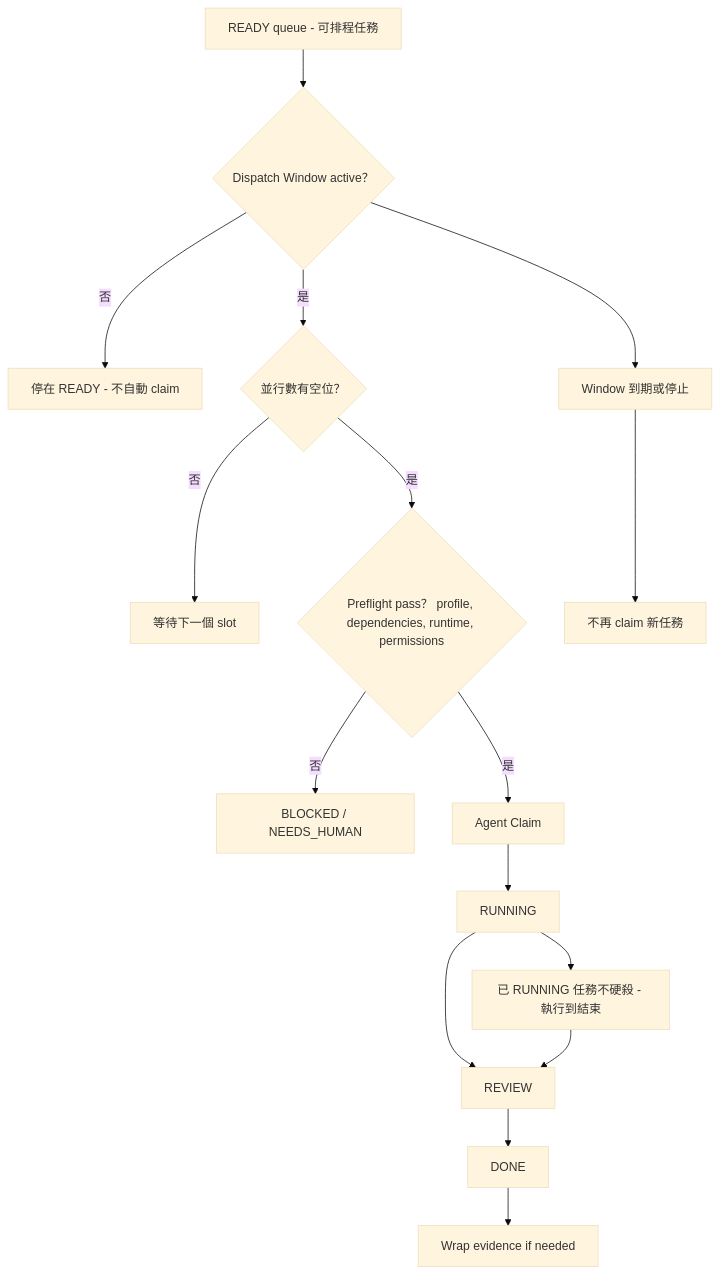
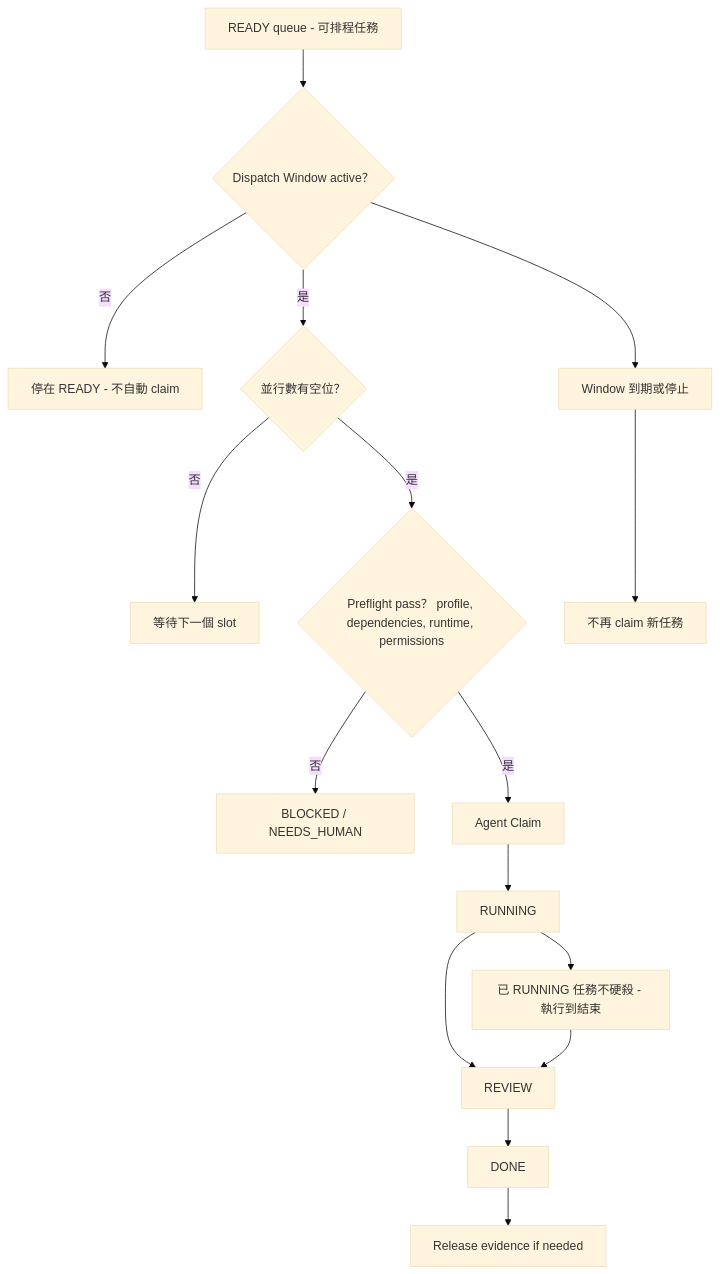
Before and after one commit to samzhu/grimoAPP: diagram 11 of 14 in docs/grimo/PRD.md, drawn with Mermaid (base theme). The commit also changed other lines of this file and 26 other files, not shown here.

````diff
--- a/docs/grimo/PRD.md
+++ b/docs/grimo/PRD.md
@@ -324,19 +355,19 @@
 ```mermaid
 graph TD
   ReadyQueue["READY queue - 可排程任務"] --> Window{"Dispatch Window active？"}
   Window -- "否" --> Wait["停在 READY - 不自動 claim"]
   Window -- "是" --> Capacity{"並行數有空位？"}
   Capacity -- "否" --> Queue["等待下一個 slot"]
   Capacity -- "是" --> Preflight{"Preflight pass？ profile, dependencies, runtime, permissions"}
   Preflight -- "否" --> Blocked["BLOCKED / NEEDS_HUMAN"]
   Preflight -- "是" --> Claim["Agent Claim"]
   Claim --> Running["RUNNING"]
   Running --> Review["REVIEW"]
   Review --> Done["DONE"]
-  Done --> WrapEvidence["Wrap evidence if needed"]
+  Done --> ReleaseEvidence["Release evidence if needed"]
 
   Window --> Expire["Window 到期或停止"]
   Expire --> NoNew["不再 claim 新任務"]
   Running --> Continue["已 RUNNING 任務不硬殺 - 執行到結束"]
   Continue --> Review
 ```
````
